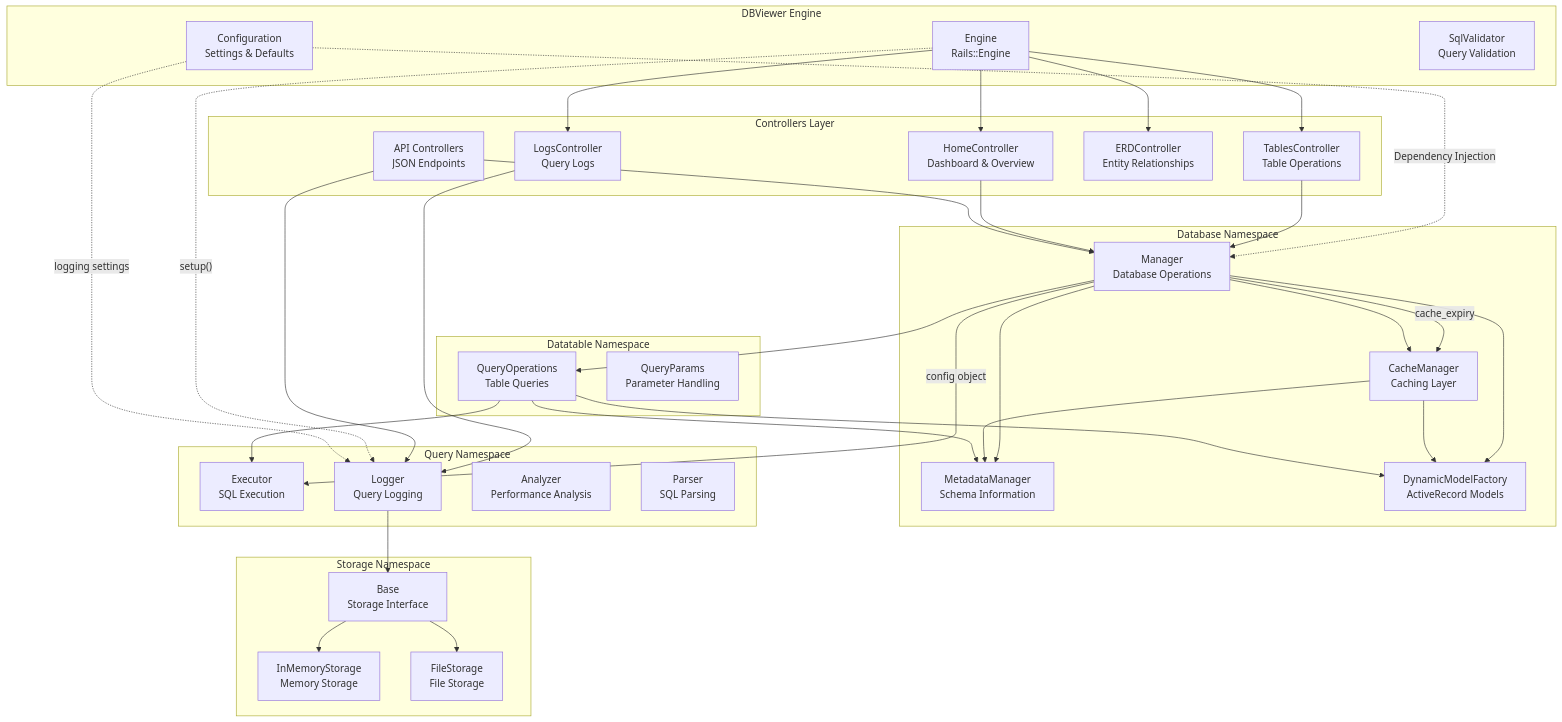
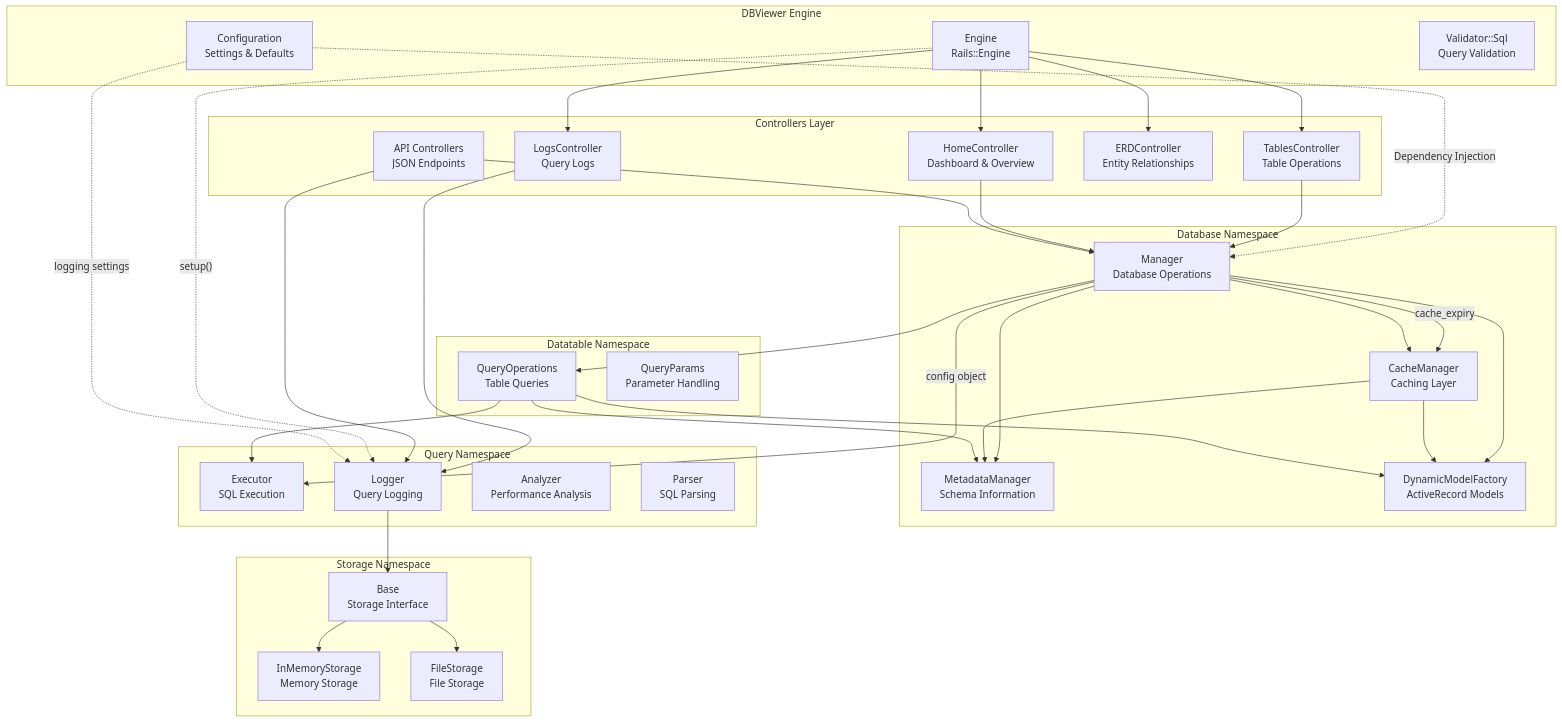
Before and after one commit to WailanTirajoh/dbviewer: the diagram in README.md, drawn with Mermaid. The commit also changed 6 other files, not shown here.

Commit message:
chore(dbviewer): move sql validator to validator namespace

```diff
--- a/README.md
+++ b/README.md
@@ -373,7 +373,7 @@
     subgraph "DBViewer Engine"
         Engine[Engine<br/>Rails::Engine]
         Config[Configuration<br/>Settings & Defaults]
-        SqlValidator[SqlValidator<br/>Query Validation]
+        Validator::Sql[Validator::Sql<br/>Query Validation]
     end
 
     subgraph "Controllers Layer"
```
